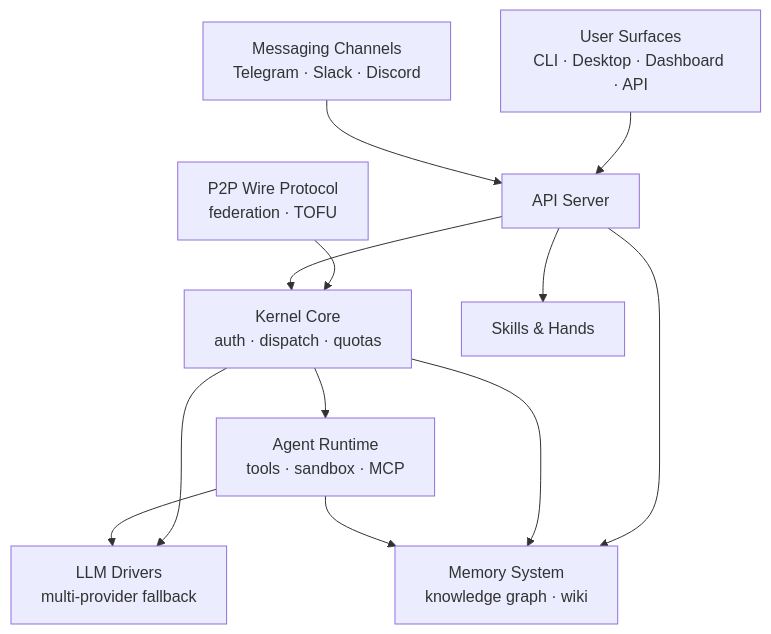
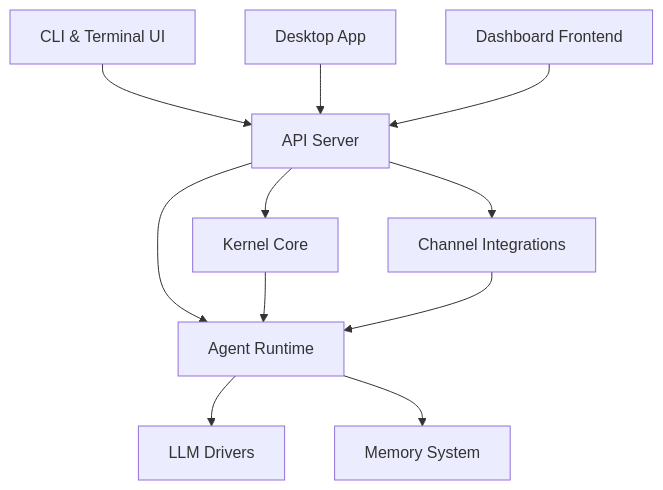
The diagram in overview.md (leszek3737/librefang-WIki), drawn with Mermaid before and after one commit. The commit also changed other lines of this file and 119 other files, not shown here.

````diff
--- a/overview.md
+++ b/overview.md
@@ -9,23 +13,26 @@
 ```mermaid
 graph TD
-    UI["User Surfaces<br/>CLI · Desktop · Dashboard · API"]
+    CLI["CLI & Terminal UI"]
+    DESK["Desktop App"]
+    DASH["Dashboard Frontend"]
+
     API["API Server"]
-    K["Kernel Core<br/>auth · dispatch · quotas"]
-    RT["Agent Runtime<br/>tools · sandbox · MCP"]
-    MEM["Memory System<br/>knowledge graph · wiki"]
-    LLM["LLM Drivers<br/>multi-provider fallback"]
-    CH["Messaging Channels<br/>Telegram · Slack · Discord"]
-    P2P["P2P Wire Protocol<br/>federation · TOFU"]
-    SK["Skills & Hands"]
-    UI --> API
-    CH --> API
-    P2P --> K
-    API --> K
-    API --> SK
-    API --> MEM
-    K --> RT
-    K --> MEM
-    K --> LLM
+
+    KERN["Kernel Core"]
+    RT["Agent Runtime"]
+
+    LLM["LLM Drivers"]
+    MEM["Memory System"]
+    CH["Channel Integrations"]
+
+    CLI --> API
+    DESK --> API
+    DASH --> API
+    API --> KERN
+    API --> RT
+    API --> CH
+    KERN --> RT
     RT --> LLM
     RT --> MEM
+    CH --> RT
 ```
````
